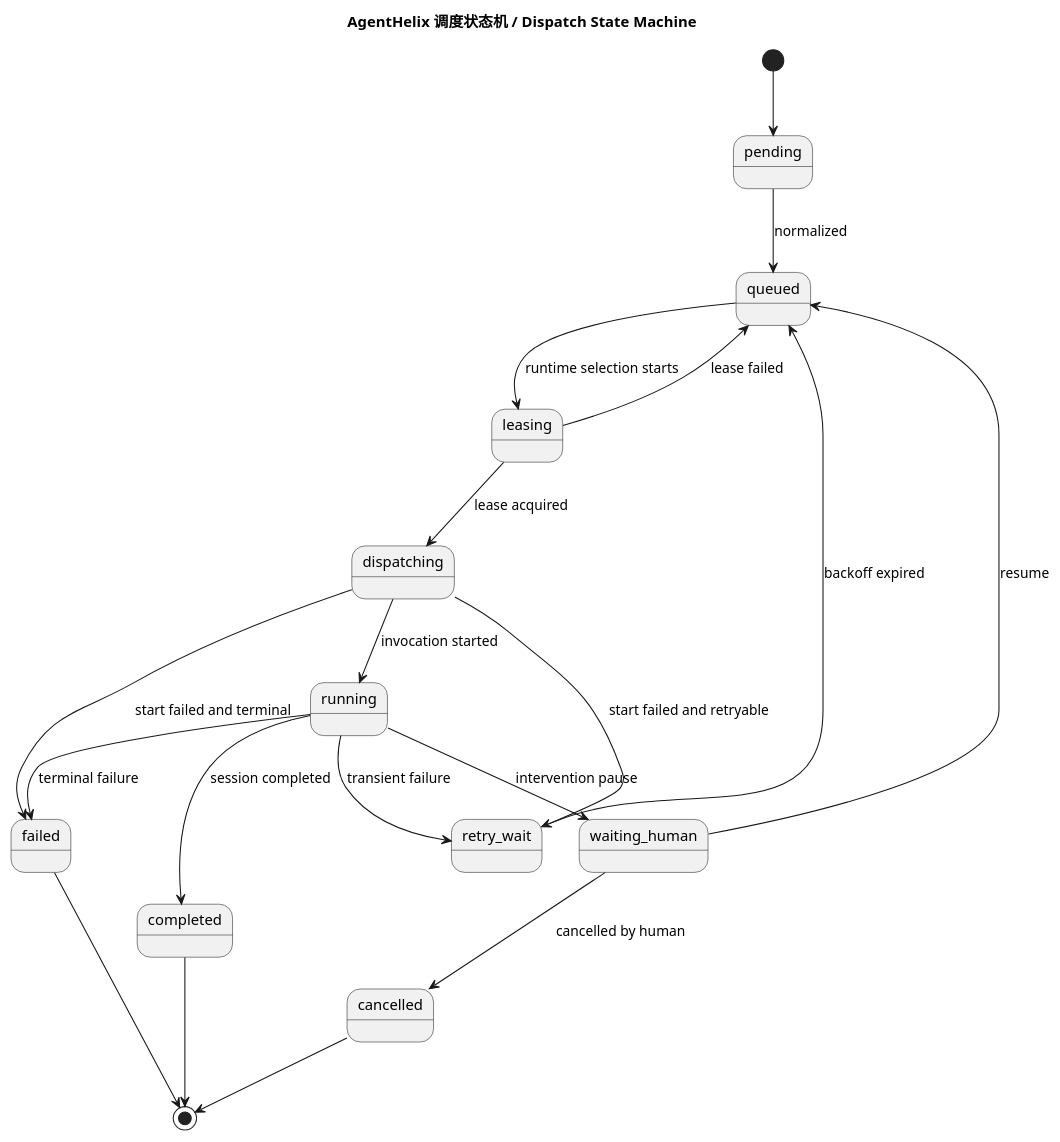
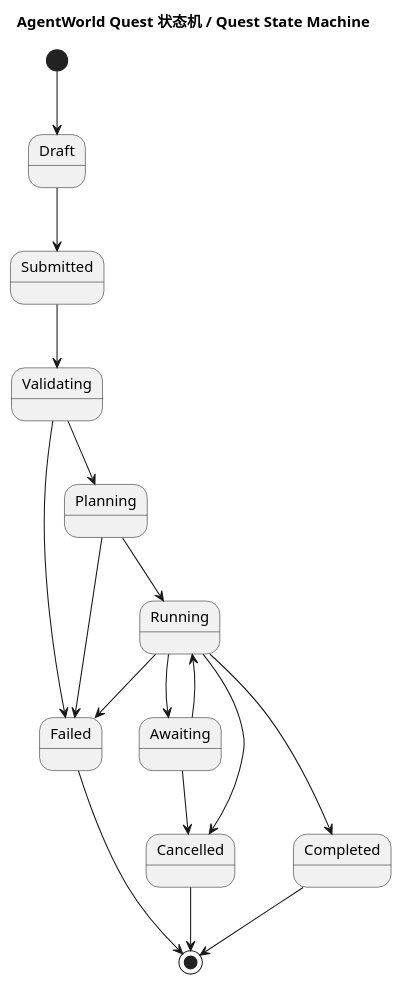
Before and after one commit to SimonMing47/agent-world: the sixth of 7 diagrams in docs/detailed-design.zh-CN.md, drawn with PlantUML. The commit also changed other lines of this file and 3 other files, not shown here.

````diff
--- a/docs/detailed-design.zh-CN.md
+++ b/docs/detailed-design.zh-CN.md
@@ -1347,25 +1080,23 @@
 ```plantuml
 @startuml
-title AgentHelix 调度状态机 / Dispatch State Machine
+title AgentWorld Quest 状态机 / Quest State Machine
 
-[*] --> pending
-pending --> queued : normalized
-queued --> leasing : runtime selection starts
-leasing --> dispatching : lease acquired
-leasing --> queued : lease failed
-dispatching --> running : invocation started
-dispatching --> retry_wait : start failed and retryable
-dispatching --> failed : start failed and terminal
-running --> waiting_human : intervention pause
-running --> completed : session completed
-running --> retry_wait : transient failure
-running --> failed : terminal failure
-waiting_human --> queued : resume
-waiting_human --> cancelled : cancelled by human
-retry_wait --> queued : backoff expired
-cancelled --> [*]
-completed --> [*]
-failed --> [*]
+[*] --> Draft
+Draft --> Submitted
+Submitted --> Validating
+Validating --> Planning
+Validating --> Failed
+Planning --> Running
+Planning --> Failed
+Running --> Awaiting
+Running --> Completed
+Running --> Failed
+Awaiting --> Running
+Awaiting --> Cancelled
+Running --> Cancelled
+Failed --> [*]
+Completed --> [*]
+Cancelled --> [*]
 
 @enduml
 ```
````
